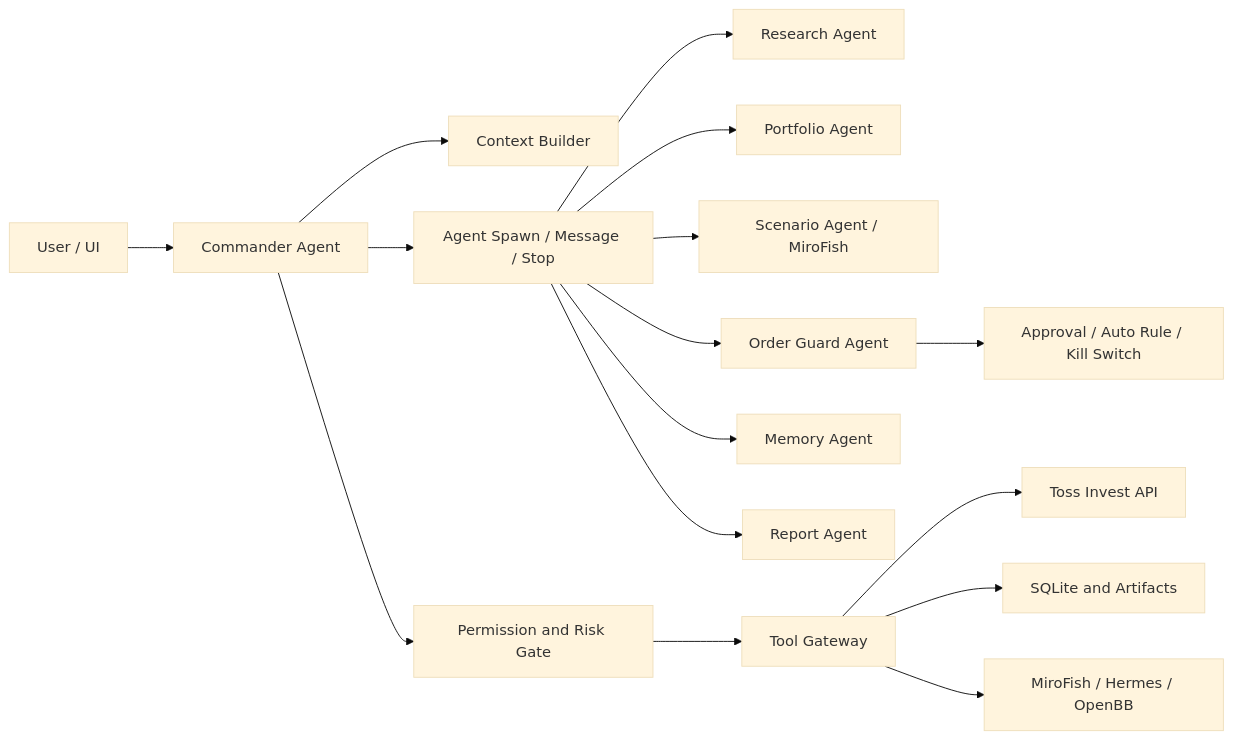
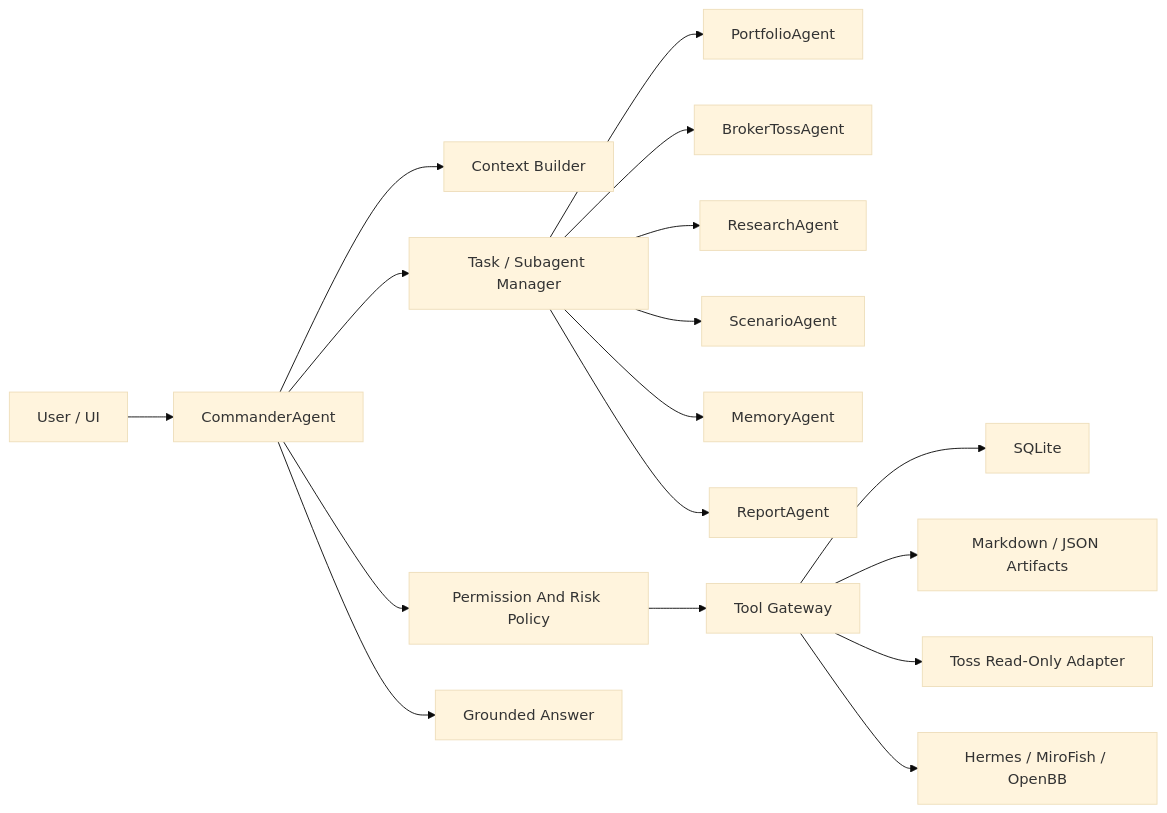
The diagram in docs/agent-runtime-patterns.md (Sungblab/GaemiGuard), drawn with Mermaid (base theme) before and after one commit. The commit also changed other lines of this file and 17 other files, not shown here.

````diff
--- a/docs/agent-runtime-patterns.md
+++ b/docs/agent-runtime-patterns.md
@@ -31,18 +33,19 @@
 ```mermaid
 flowchart LR
-  User["User / UI"] --> Commander["Commander Agent"]
+  User["User / UI"] --> Commander["CommanderAgent"]
   Commander --> Context["Context Builder"]
-  Commander --> AgentTool["Agent Spawn / Message / Stop"]
-  Commander --> Guard["Permission and Risk Gate"]
-  AgentTool --> Research["Research Agent"]
-  AgentTool --> Portfolio["Portfolio Agent"]
-  AgentTool --> Scenario["Scenario Agent / MiroFish"]
-  AgentTool --> OrderGuard["Order Guard Agent"]
-  AgentTool --> Memory["Memory Agent"]
-  AgentTool --> Report["Report Agent"]
-  Guard --> Tools["Tool Gateway"]
-  Tools --> Toss["Toss Invest API"]
-  Tools --> DB["SQLite and Artifacts"]
-  Tools --> Sidecars["MiroFish / Hermes / OpenBB"]
-  OrderGuard --> Approval["Approval / Auto Rule / Kill Switch"]
+  Commander --> Tasks["Task / Subagent Manager"]
+  Commander --> Policy["Permission And Risk Policy"]
+  Tasks --> Portfolio["PortfolioAgent"]
+  Tasks --> Broker["BrokerTossAgent"]
+  Tasks --> Research["ResearchAgent"]
+  Tasks --> Scenario["ScenarioAgent"]
+  Tasks --> Memory["MemoryAgent"]
+  Tasks --> Report["ReportAgent"]
+  Policy --> Tools["Tool Gateway"]
+  Tools --> DB["SQLite"]
+  Tools --> Artifacts["Markdown / JSON Artifacts"]
+  Tools --> Toss["Toss Read-Only Adapter"]
+  Tools --> Sidecars["Hermes / MiroFish / OpenBB"]
+  Commander --> Answer["Grounded Answer"]
 ```
````
